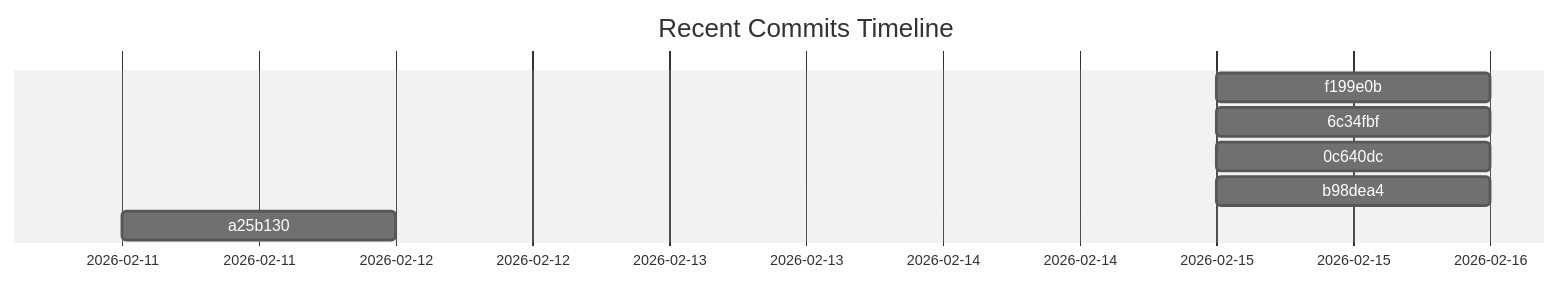
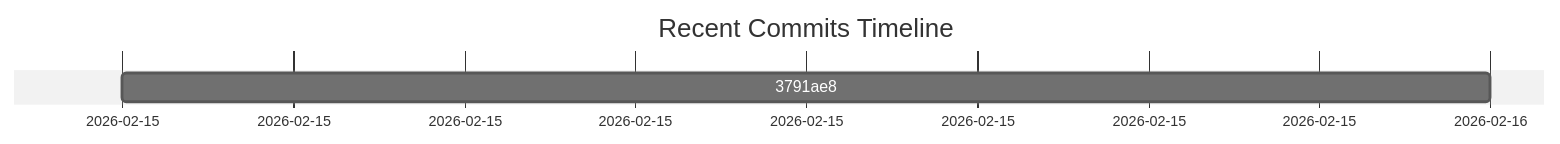
Before and after one commit to Juls95/DocWeave: the fifth of 7 diagrams in DocweaveDocs/DIAGRAMS.md, drawn with Mermaid (neutral theme). The commit also changed other lines of this file and 7 other files, not shown here.

````diff
--- a/DocweaveDocs/DIAGRAMS.md
+++ b/DocweaveDocs/DIAGRAMS.md
@@ -126,10 +143,6 @@
 ```mermaid
 gantt
     title Recent Commits Timeline
     dateFormat YYYY-MM-DD
-    f199e0b :2026-02-15, 1d
-    6c34fbf :2026-02-15, 1d
-    0c640dc :2026-02-15, 1d
-    b98dea4 :2026-02-15, 1d
-    a25b130 :2026-02-11, 1d
+    3791ae8 :2026-02-15, 1d
 ```
````
